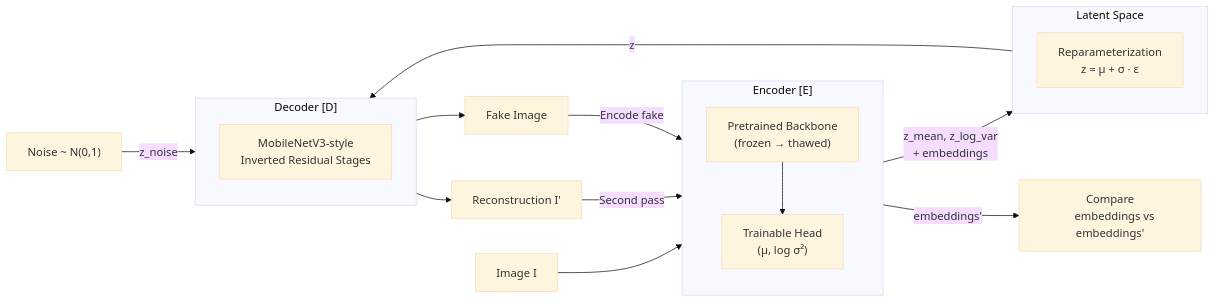
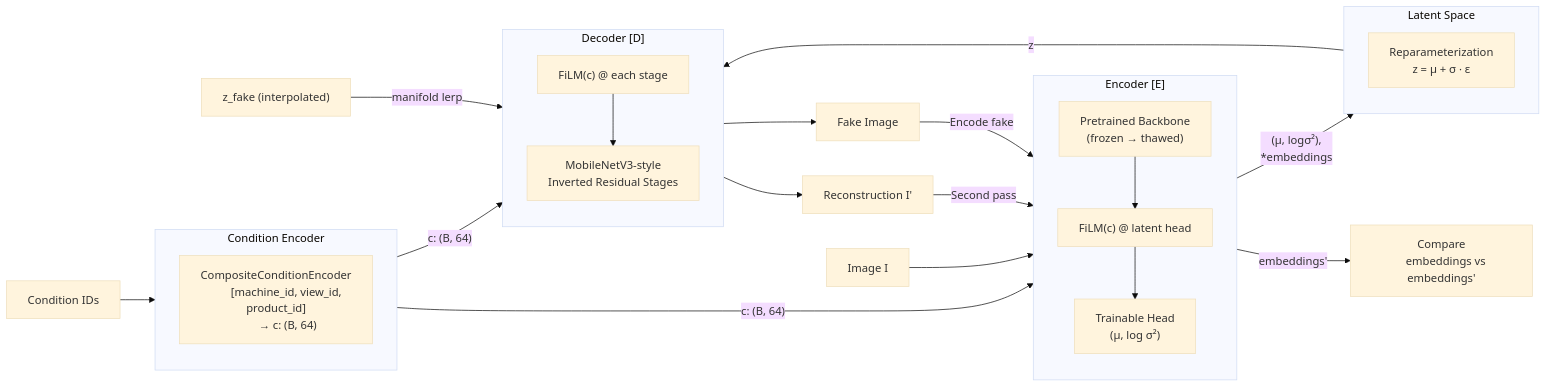
One commit to augustineam/agx changed the first of 2 diagrams in packages/agx-core/docs/training-dynamics/01-architecture-overview.md. Above: the diagram before and after it, drawn with Mermaid (base theme). The commit also changed other lines of this file and 22 other files, not shown here.

````diff
--- a/packages/agx-core/docs/training-dynamics/01-architecture-overview.md
+++ b/packages/agx-core/docs/training-dynamics/01-architecture-overview.md
@@ -7,35 +7,48 @@
 ```mermaid
 flowchart LR
+    subgraph CondEncoder ["Condition Encoder"]
+        direction TB
+        CE["CompositeConditionEncoder
+        [machine_id, view_id, product_id]
+        → c: (B, 64)"]
+    end
+
     subgraph Encoder ["Encoder [E]"]
         direction TB
         B["Pretrained Backbone
         (frozen → thawed)"]
+        FE["FiLM(c) @ latent head"]
         H["Trainable Head
         (μ, log σ²)"]
-        B --> H
+        B --> FE --> H
     end
 
     subgraph Latent ["Latent Space"]
         R["Reparameterization
         z = μ + σ · ε"]
     end
 
     subgraph Decoder ["Decoder [D]"]
         direction TB
+        FD["FiLM(c) @ each stage"]
         D["MobileNetV3-style
         Inverted Residual Stages"]
+        FD --> D
     end
 
+    IDs["Condition IDs"] --> CondEncoder
+    CondEncoder -->|"c: (B, 64)"| FE & FD
+
     I["Image I"] --> Encoder
-    Encoder -->|"z_mean, z_log_var
-    + embeddings"| Latent
+    Encoder -->|"(μ, logσ²),
+    *embeddings"| Latent
     Latent -->|z| Decoder
     Decoder --> I'["Reconstruction I'"]
     I' -->|"Second pass"| Encoder
     Encoder -->|"embeddings'"| CMP["Compare
     embeddings vs embeddings'"]
 
-    N["Noise ~ N(0,1)"] -->|"z_noise"| Decoder
+    N["z_fake (interpolated)"] -->|"manifold lerp"| Decoder
     Decoder --> F["Fake Image"]
     F -->|"Encode fake"| Encoder
 ```
````
